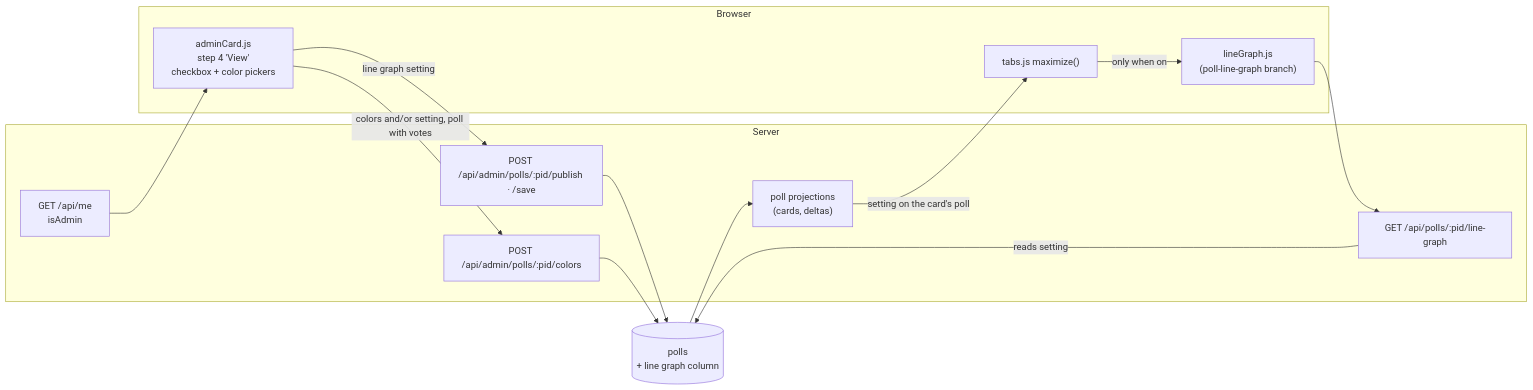
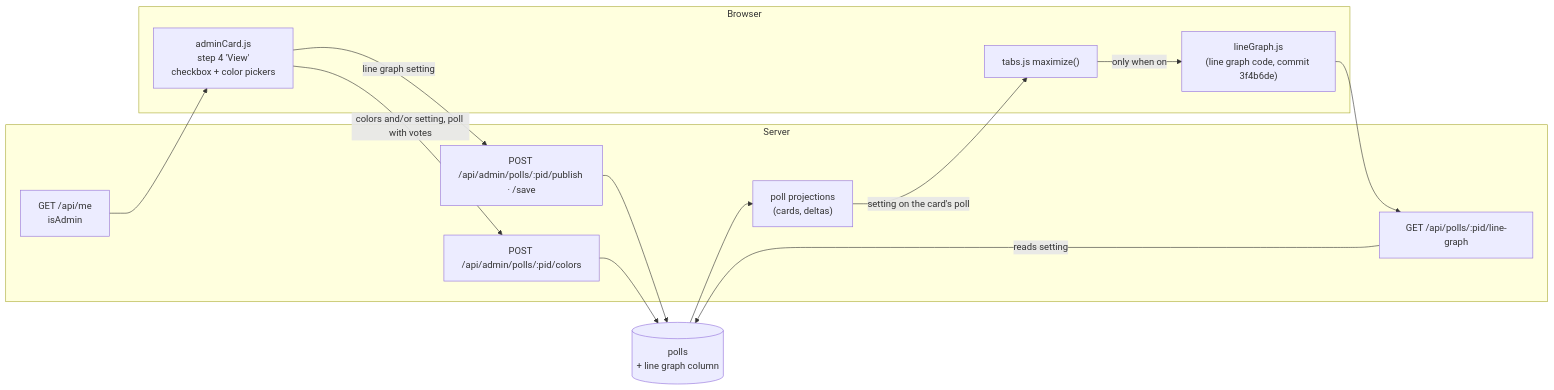
One commit to roadraceresults/crowdpoll changed the first of 4 diagrams in requirements/20261028-114023-line-graph-toggle/requirements-report.md. Above: the diagram before and after it, drawn with Mermaid. The commit also changed other lines of this file and 42 other files, not shown here.

First line of the commit message:
Line graph toggle: per-poll line_graph_enabled setting

````diff
--- a/requirements/20261028-114023-line-graph-toggle/requirements-report.md
+++ b/requirements/20261028-114023-line-graph-toggle/requirements-report.md
@@ -63,26 +63,26 @@
 ```mermaid
 flowchart LR
   subgraph Browser
     AC["adminCard.js<br/>step 4 'View'<br/>checkbox + color pickers"]
     TB["tabs.js maximize()"]
-    LG["lineGraph.js<br/>(poll-line-graph branch)"]
+    LG["lineGraph.js<br/>(line graph code, commit 3f4b6de)"]
   end
   subgraph Server
     ME["GET /api/me<br/>isAdmin"]
     PUB["POST /api/admin/polls/:pid/publish · /save"]
     COL["POST /api/admin/polls/:pid/colors"]
     PRJ["poll projections<br/>(cards, deltas)"]
     LGR["GET /api/polls/:pid/line-graph"]
   end
   DB[("polls<br/>+ line graph column")]
   ME --> AC
   AC -->|"line graph setting"| PUB
   AC -->|"colors and/or setting, poll with votes"| COL
   PUB --> DB
   COL --> DB
   DB --> PRJ
   PRJ -->|"setting on the card's poll"| TB
   TB -->|"only when on"| LG
   LG --> LGR
   LGR -->|"reads setting"| DB
 ```
````
